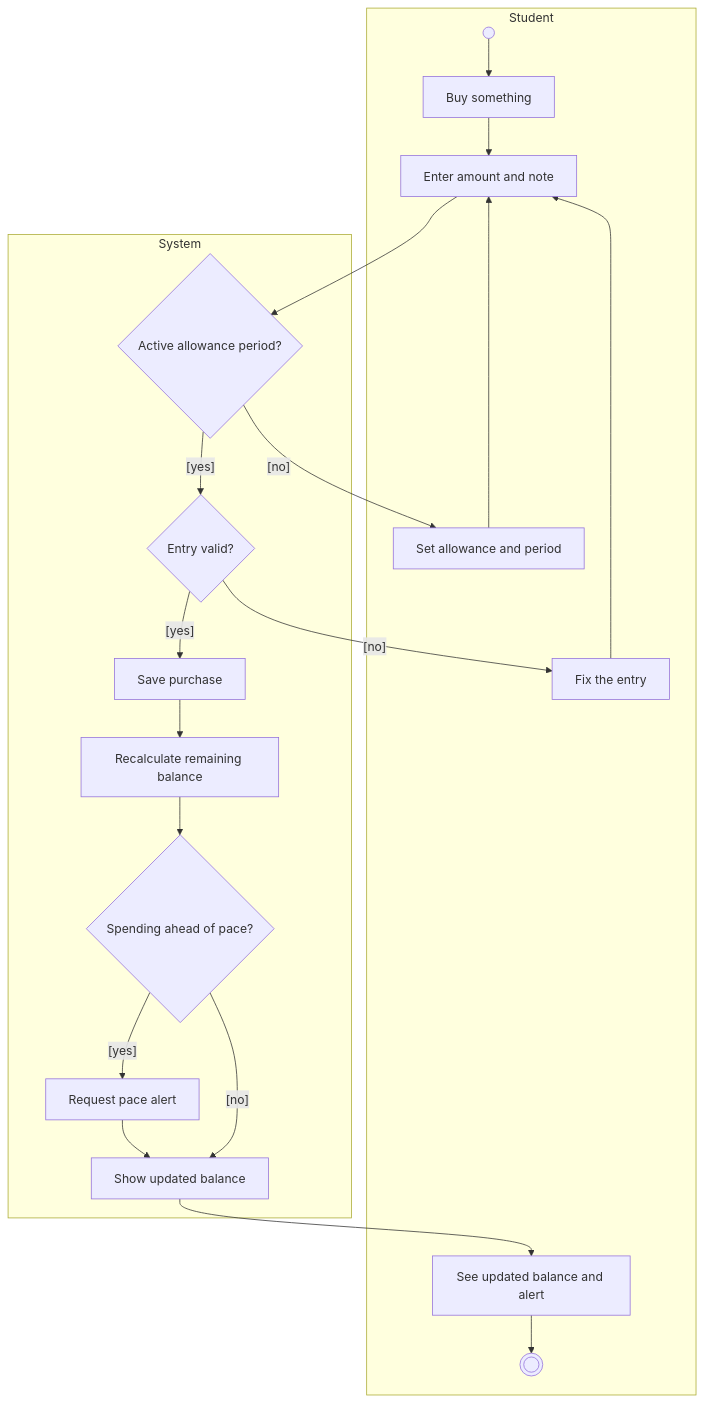
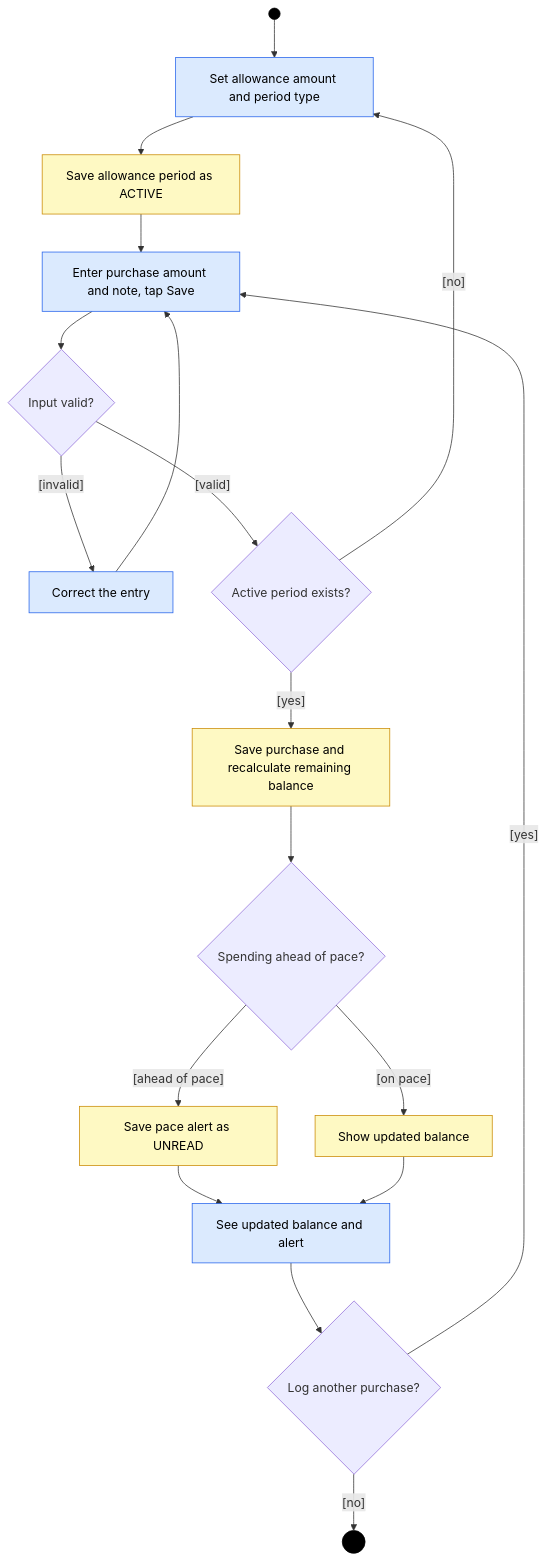
Before and after one commit to angelalegria626-maker/budget-tracker-ryzza: the diagram in docs/architecture/activity.md, drawn with Mermaid. The commit also changed other lines of this file, not shown here.

````diff
--- a/docs/architecture/activity.md
+++ b/docs/architecture/activity.md
@@ -3,28 +3,27 @@
 ```mermaid
 flowchart TD
-  subgraph ST["Student"]
-    A0(( )) --> A1[Buy something]
-    A2[Enter amount and note]
-    A3[Fix the entry]
-    A4[Set allowance and period]
-    A9[See updated balance and alert]
-    A10(((" ")))
-  end
-  subgraph SY["System"]
-    B1{Active allowance period?}
-    B2{Entry valid?}
-    B3[Save purchase]
-    B4[Recalculate remaining balance]
-    B5{Spending ahead of pace?}
-    B6[Request pace alert]
-    B7[Show updated balance]
-  end
-  A1 --> A2 --> B1
-  B1 -- "[no]" --> A4 --> A2
-  B1 -- "[yes]" --> B2
-  B2 -- "[no]" --> A3 --> A2
-  B2 -- "[yes]" --> B3 --> B4 --> B5
-  B5 -- "[yes]" --> B6 --> B7
-  B5 -- "[no]" --> B7
-  B7 --> A9 --> A10
+  Start((" ")) --> A1["Set allowance amount and period type"]
+  A1 --> Y1["Save allowance period as ACTIVE"]
+  Y1 --> A2["Enter purchase amount and note, tap Save"]
+  A2 --> D1{"Input valid?"}
+  D1 -->|"[invalid]"| A3["Correct the entry"]
+  A3 --> A2
+  D1 -->|"[valid]"| D2{"Active period exists?"}
+  D2 -->|"[no]"| A1
+  D2 -->|"[yes]"| Y3["Save purchase and recalculate remaining balance"]
+  Y3 --> D3{"Spending ahead of pace?"}
+  D3 -->|"[ahead of pace]"| Y4["Save pace alert as UNREAD"]
+  D3 -->|"[on pace]"| Y5["Show updated balance"]
+  Y4 --> A4["See updated balance and alert"]
+  Y5 --> A4
+  A4 --> D4{"Log another purchase?"}
+  D4 -->|"[yes]"| A2
+  D4 -->|"[no]"| End(((" ")))
+
+  classDef student fill:#dbeafe,stroke:#2563eb,color:#000
+  classDef system fill:#fef9c3,stroke:#ca8a04,color:#000
+  class A1,A2,A3,A4 student
+  class Y1,Y3,Y4,Y5 system
+  style Start fill:#000,stroke:#000
+  style End fill:#000,stroke:#000
 ```
````
